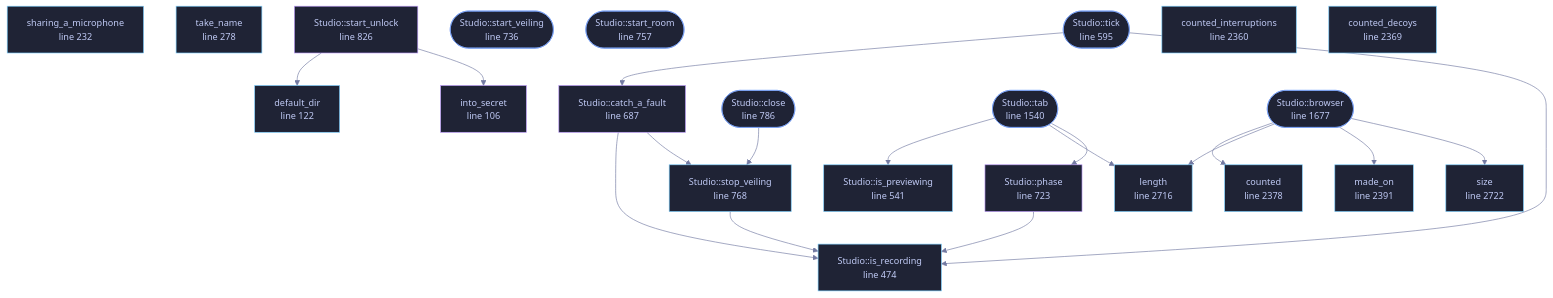
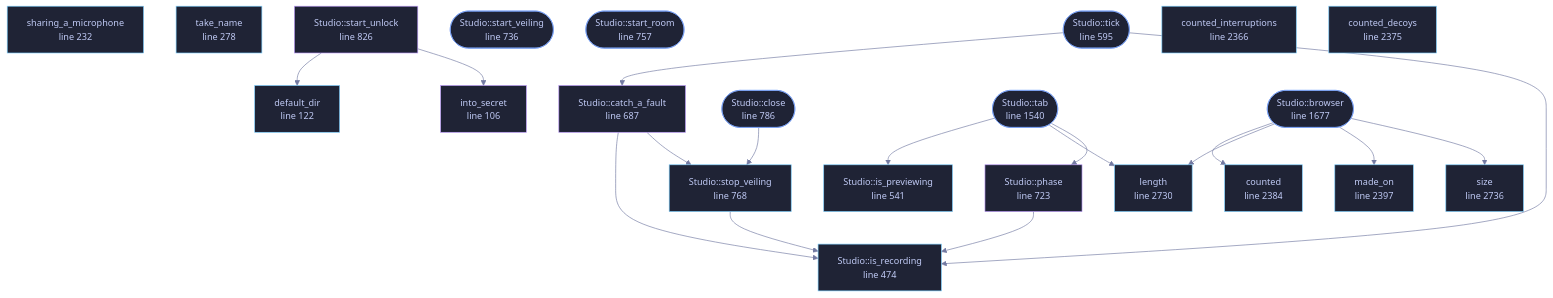
One commit to tilas01/veilvoice changed the diagram in docs/files/veilvoice-gui/studio.md. Above: the diagram before and after it, drawn with Mermaid. The commit also changed other lines of this file and 96 other files, not shown here.

````diff
--- a/docs/files/veilvoice-gui/studio.md
+++ b/docs/files/veilvoice-gui/studio.md
@@ -192,70 +192,70 @@
 ```mermaid
 %%{init: {"theme":"base","themeVariables":{"background":"#1a1b26","primaryColor":"#1f2335","primaryTextColor":"#c0caf5","primaryBorderColor":"#7aa2f7","secondaryColor":"#16161e","tertiaryColor":"#16161e","lineColor":"#737aa2","textColor":"#c0caf5","mainBkg":"#1f2335","nodeBorder":"#7aa2f7","clusterBkg":"#16161e","clusterBorder":"#2f3549","fontFamily":"ui-monospace, SFMono-Regular, Consolas, monospace","fontSize":"14px"}}}%%
 flowchart TD
     n_into_secret["into_secret<br/>line 106"]
     n_default_dir["default_dir<br/>line 122"]
     n_sharing_a_microphone["sharing_a_microphone<br/>line 232"]
     n_take_name["take_name<br/>line 278"]
     n_is_recording["Studio::is_recording<br/>line 474"]
     n_is_previewing["Studio::is_previewing<br/>line 541"]
     n_tick(["Studio::tick<br/>line 595"])
     n_catch_a_fault["Studio::catch_a_fault<br/>line 687"]
     n_phase["Studio::phase<br/>line 723"]
     n_start_veiling(["Studio::start_veiling<br/>line 736"])
     n_start_room(["Studio::start_room<br/>line 757"])
     n_stop_veiling["Studio::stop_veiling<br/>line 768"]
     n_close(["Studio::close<br/>line 786"])
     n_start_unlock["Studio::start_unlock<br/>line 826"]
     n_tab(["Studio::tab<br/>line 1540"])
     n_browser(["Studio::browser<br/>line 1677"])
-    n_counted_interruptions["counted_interruptions<br/>line 2360"]
-    n_counted_decoys["counted_decoys<br/>line 2369"]
-    n_counted["counted<br/>line 2378"]
-    n_made_on["made_on<br/>line 2391"]
-    n_length["length<br/>line 2716"]
-    n_size["size<br/>line 2722"]
+    n_counted_interruptions["counted_interruptions<br/>line 2366"]
+    n_counted_decoys["counted_decoys<br/>line 2375"]
+    n_counted["counted<br/>line 2384"]
+    n_made_on["made_on<br/>line 2397"]
+    n_length["length<br/>line 2730"]
+    n_size["size<br/>line 2736"]
     n_browser --> n_counted
     n_browser --> n_length
     n_browser --> n_made_on
     n_browser --> n_size
     n_catch_a_fault --> n_is_recording
     n_catch_a_fault --> n_stop_veiling
     n_close --> n_stop_veiling
     n_phase --> n_is_recording
     n_start_unlock --> n_default_dir
     n_start_unlock --> n_into_secret
     n_stop_veiling --> n_is_recording
     n_tab --> n_is_previewing
     n_tab --> n_length
     n_tab --> n_phase
     n_tick --> n_catch_a_fault
     n_tick --> n_is_recording
     click n_into_secret href "https://github.com/tilas01/veilvoice/blob/main/crates/veilvoice-gui/src/studio.rs#L106" "open the source"
     click n_default_dir href "https://github.com/tilas01/veilvoice/blob/main/crates/veilvoice-gui/src/studio.rs#L122" "open the source"
     click n_sharing_a_microphone href "https://github.com/tilas01/veilvoice/blob/main/crates/veilvoice-gui/src/studio.rs#L232" "open the source"
     click n_take_name href "https://github.com/tilas01/veilvoice/blob/main/crates/veilvoice-gui/src/studio.rs#L278" "open the source"
     click n_is_recording href "https://github.com/tilas01/veilvoice/blob/main/crates/veilvoice-gui/src/studio.rs#L474" "open the source"
     click n_is_previewing href "https://github.com/tilas01/veilvoice/blob/main/crates/veilvoice-gui/src/studio.rs#L541" "open the source"
     click n_tick href "https://github.com/tilas01/veilvoice/blob/main/crates/veilvoice-gui/src/studio.rs#L595" "open the source"
     click n_catch_a_fault href "https://github.com/tilas01/veilvoice/blob/main/crates/veilvoice-gui/src/studio.rs#L687" "open the source"
     click n_phase href "https://github.com/tilas01/veilvoice/blob/main/crates/veilvoice-gui/src/studio.rs#L723" "open the source"
     click n_start_veiling href "https://github.com/tilas01/veilvoice/blob/main/crates/veilvoice-gui/src/studio.rs#L736" "open the source"
     click n_start_room href "https://github.com/tilas01/veilvoice/blob/main/crates/veilvoice-gui/src/studio.rs#L757" "open the source"
     click n_stop_veiling href "https://github.com/tilas01/veilvoice/blob/main/crates/veilvoice-gui/src/studio.rs#L768" "open the source"
     click n_close href "https://github.com/tilas01/veilvoice/blob/main/crates/veilvoice-gui/src/studio.rs#L786" "open the source"
     click n_start_unlock href "https://github.com/tilas01/veilvoice/blob/main/crates/veilvoice-gui/src/studio.rs#L826" "open the source"
     click n_tab href "https://github.com/tilas01/veilvoice/blob/main/crates/veilvoice-gui/src/studio.rs#L1540" "open the source"
     click n_browser href "https://github.com/tilas01/veilvoice/blob/main/crates/veilvoice-gui/src/studio.rs#L1677" "open the source"
-    click n_counted_interruptions href "https://github.com/tilas01/veilvoice/blob/main/crates/veilvoice-gui/src/studio.rs#L2360" "open the source"
-    click n_counted_decoys href "https://github.com/tilas01/veilvoice/blob/main/crates/veilvoice-gui/src/studio.rs#L2369" "open the source"
-    click n_counted href "https://github.com/tilas01/veilvoice/blob/main/crates/veilvoice-gui/src/studio.rs#L2378" "open the source"
-    click n_made_on href "https://github.com/tilas01/veilvoice/blob/main/crates/veilvoice-gui/src/studio.rs#L2391" "open the source"
-    click n_length href "https://github.com/tilas01/veilvoice/blob/main/crates/veilvoice-gui/src/studio.rs#L2716" "open the source"
-    click n_size href "https://github.com/tilas01/veilvoice/blob/main/crates/veilvoice-gui/src/studio.rs#L2722" "open the source"
+    click n_counted_interruptions href "https://github.com/tilas01/veilvoice/blob/main/crates/veilvoice-gui/src/studio.rs#L2366" "open the source"
+    click n_counted_decoys href "https://github.com/tilas01/veilvoice/blob/main/crates/veilvoice-gui/src/studio.rs#L2375" "open the source"
+    click n_counted href "https://github.com/tilas01/veilvoice/blob/main/crates/veilvoice-gui/src/studio.rs#L2384" "open the source"
+    click n_made_on href "https://github.com/tilas01/veilvoice/blob/main/crates/veilvoice-gui/src/studio.rs#L2397" "open the source"
+    click n_length href "https://github.com/tilas01/veilvoice/blob/main/crates/veilvoice-gui/src/studio.rs#L2730" "open the source"
+    click n_size href "https://github.com/tilas01/veilvoice/blob/main/crates/veilvoice-gui/src/studio.rs#L2736" "open the source"
     classDef entry fill:#1f2335,stroke:#7aa2f7,color:#c0caf5
     class n_tick,n_start_veiling,n_start_room,n_close,n_tab,n_browser entry
     classDef api fill:#1f2335,stroke:#7dcfff,color:#c0caf5
     class n_default_dir,n_sharing_a_microphone,n_take_name,n_is_recording,n_is_previewing,n_stop_veiling,n_counted_interruptions,n_counted_decoys,n_counted,n_made_on,n_length,n_size api
     classDef helper fill:#1f2335,stroke:#bb9af7,color:#c0caf5
     class n_into_secret,n_catch_a_fault,n_phase,n_start_unlock helper
 ```
````
